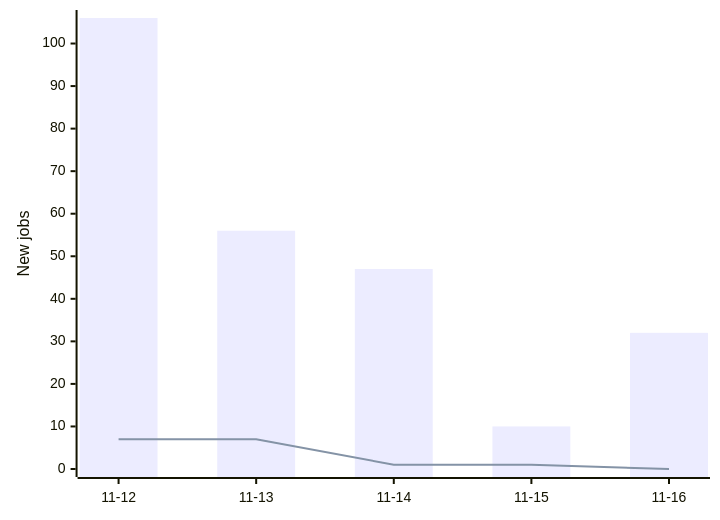
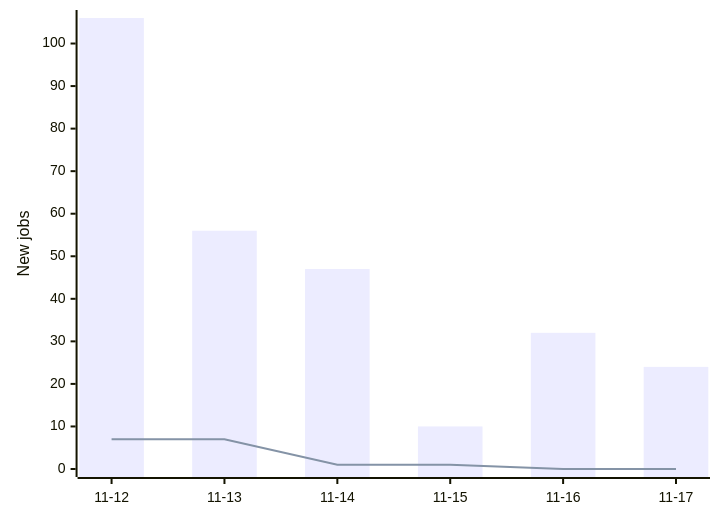
The diagram in README.md (Mwangimark/frontend-job-tracker), drawn with Mermaid before and after one commit. The commit also changed other lines of this file and 2 other files, not shown here.

````diff
--- a/README.md
+++ b/README.md
@@ -16,7 +16,7 @@
 ```mermaid
 xychart-beta
-    x-axis ["11-12", "11-13", "11-14", "11-15", "11-16"]
+    x-axis ["11-12", "11-13", "11-14", "11-15", "11-16", "11-17"]
     y-axis "New jobs" 0 --> 106
-    bar [106, 56, 47, 10, 32]
-    line [7, 7, 1, 1, 0]
+    bar [106, 56, 47, 10, 32, 24]
+    line [7, 7, 1, 1, 0, 0]
 ```
````
